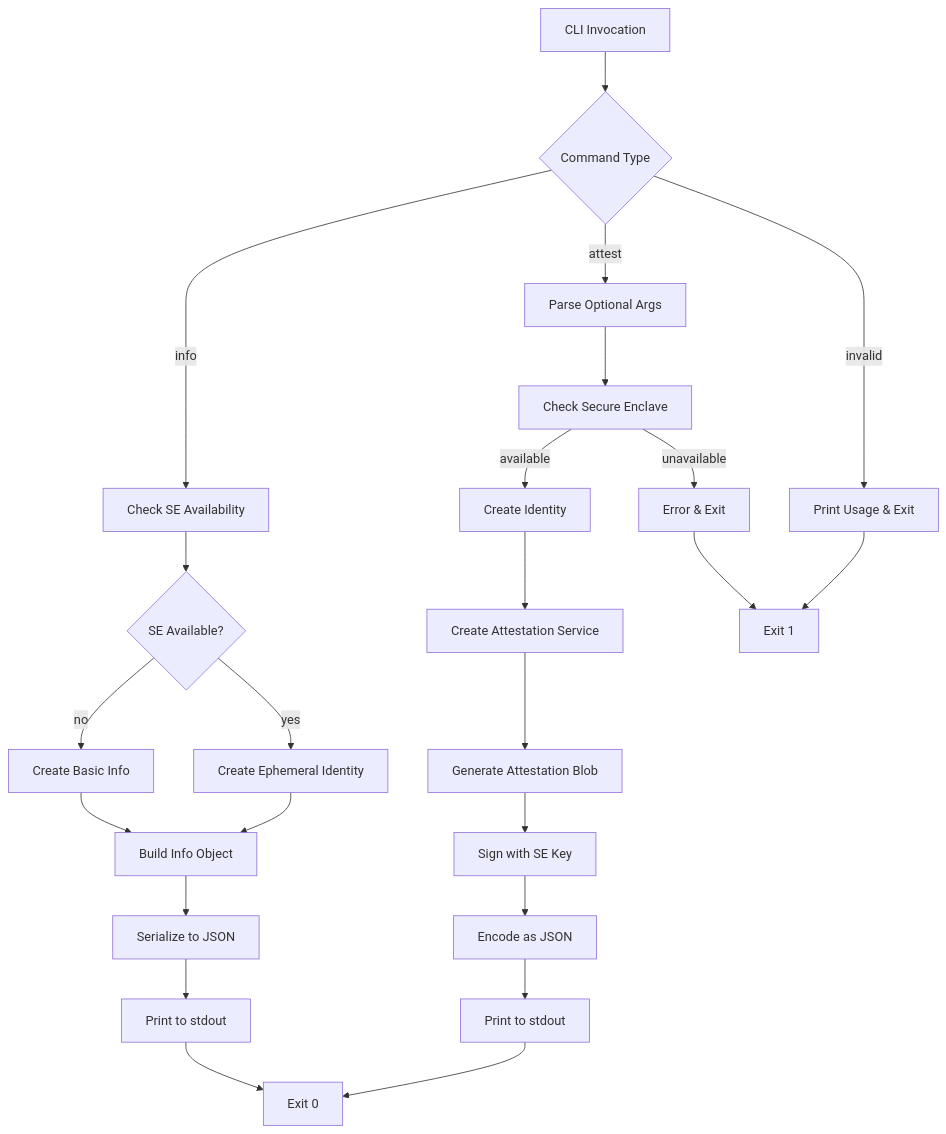
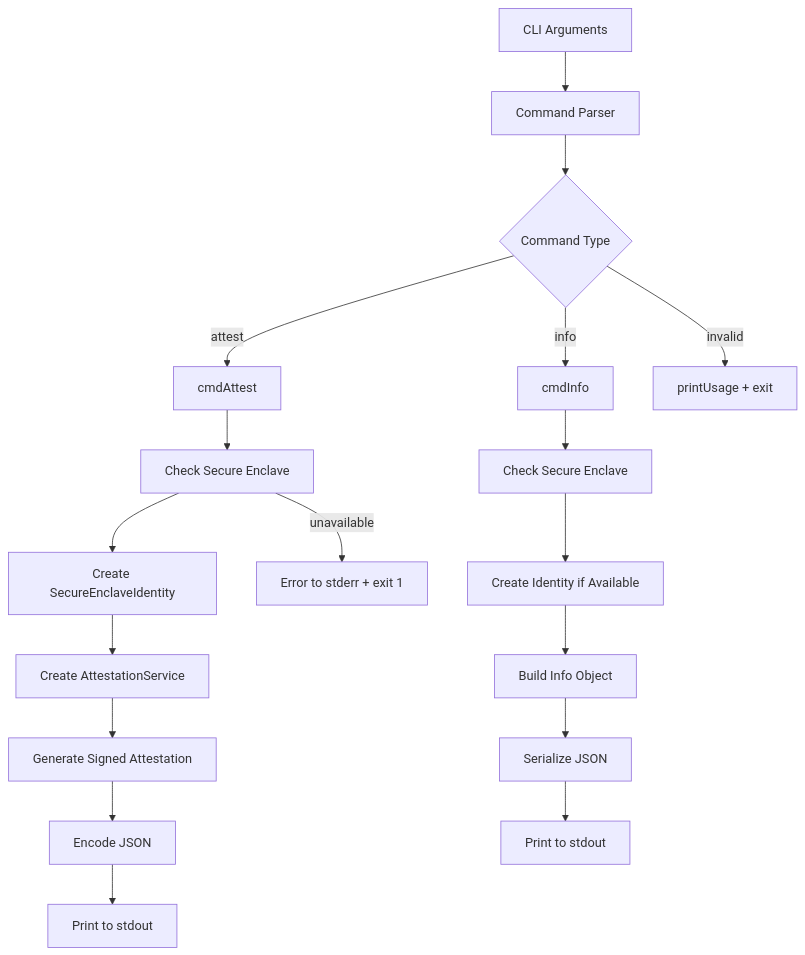
Before and after one commit to researchoors/knowledge-maintenance: the diagram in artifacts/d-inference/service_analyses/EigenInferenceEnclaveCLI.md, drawn with Mermaid. The commit also changed other lines of this file and 23 other files, not shown here.

````diff
--- a/artifacts/d-inference/service_analyses/EigenInferenceEnclaveCLI.md
+++ b/artifacts/d-inference/service_analyses/EigenInferenceEnclaveCLI.md
@@ -58,30 +39,23 @@
 ```mermaid
-graph TD
-    A[CLI Invocation] --> B{Command Type}
-    B -->|attest| C[Parse Optional Args]
-    B -->|info| D[Check SE Availability]
-    B -->|invalid| E[Print Usage & Exit]
+flowchart TD
+    A[CLI Arguments] --> B[Command Parser]
+    B --> C{Command Type}
+    C -->|attest| D[cmdAttest]
+    C -->|info| E[cmdInfo]
+    C -->|invalid| F[printUsage + exit]
     
-    C --> F[Check Secure Enclave]
-    F -->|unavailable| G[Error & Exit]
-    F -->|available| H[Create Identity]
+    D --> G[Check Secure Enclave]
+    G --> H[Create SecureEnclaveIdentity]
+    H --> I[Create AttestationService]
+    I --> J[Generate Signed Attestation]
+    J --> K[Encode JSON]
+    K --> L[Print to stdout]
     
-    H --> I[Create Attestation Service]
-    I --> J[Generate Attestation Blob]
-    J --> K[Sign with SE Key]
-    K --> L[Encode as JSON]
-    L --> M[Print to stdout]
+    E --> M[Check Secure Enclave]
+    M --> N[Create Identity if Available]
+    N --> O[Build Info Object]
+    O --> P[Serialize JSON]
+    P --> Q[Print to stdout]
     
-    D --> N{SE Available?}
-    N -->|yes| O[Create Ephemeral Identity]
-    N -->|no| P[Create Basic Info]
-    O --> Q[Build Info Object]
-    P --> Q
-    Q --> R[Serialize to JSON]
-    R --> S[Print to stdout]
-    
-    E --> T[Exit 1]
-    G --> T
-    M --> U[Exit 0]
-    S --> U
+    G -->|unavailable| R[Error to stderr + exit 1]
 ```
````
